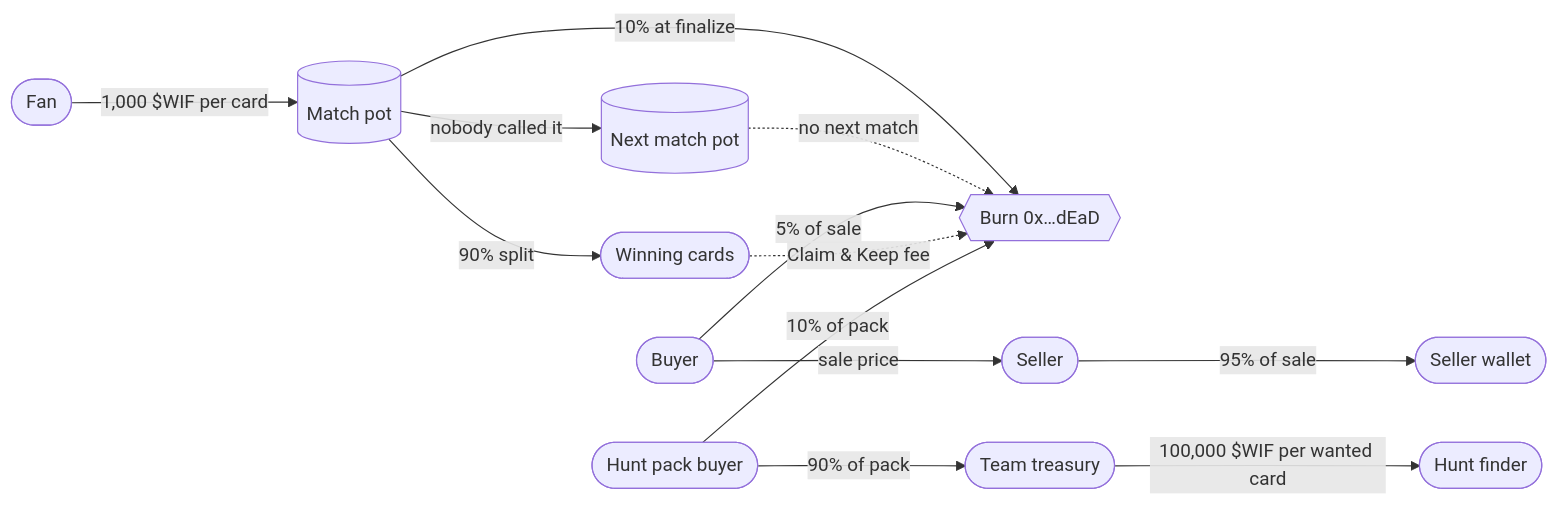
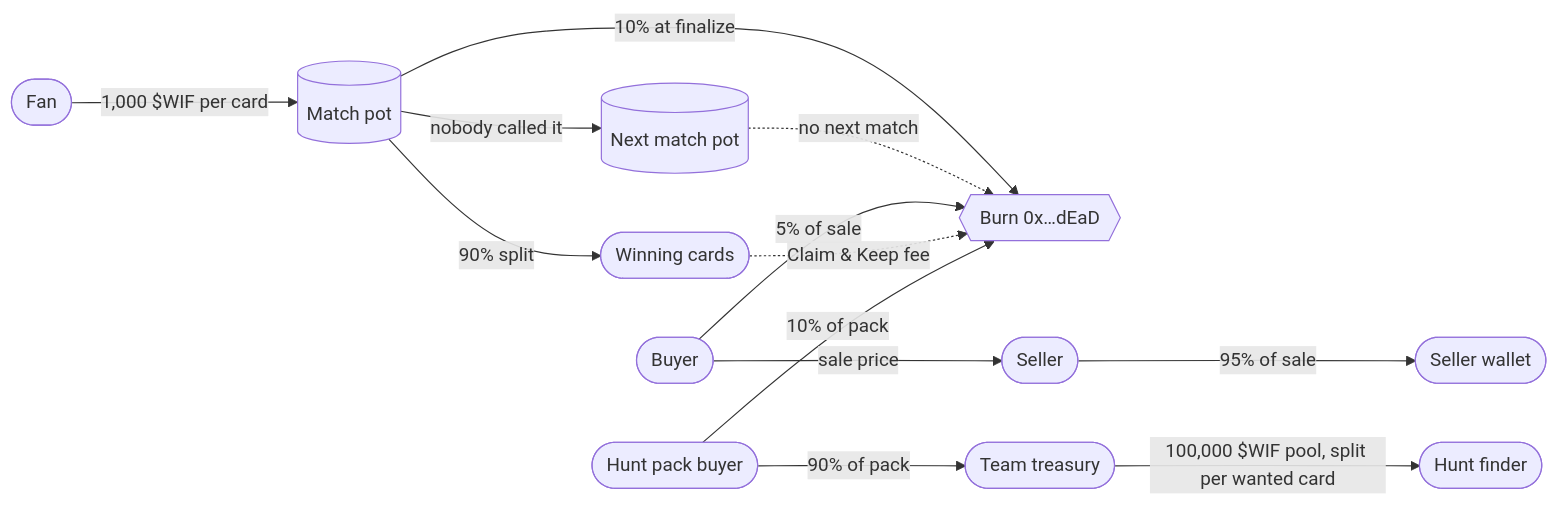
The first of 3 diagrams in README.md (youvandra/BallisFlat), drawn with Mermaid before and after one commit. The commit also changed other lines of this file and 4 other files, not shown here.

Commit message:
feat(web): the Hunt shows one 100,000 $WIF prize pool shared by the wanted cards, with no round number on the page or the cards

````diff
--- a/README.md
+++ b/README.md
@@ -115,15 +115,15 @@
 ```mermaid
 flowchart LR
     U([Fan]) -- "1,000 $WIF per card" --> P[(Match pot)]
     P -- "10% at finalize" --> B{{Burn 0x…dEaD}}
     P -- "90% split" --> W([Winning cards])
     P -- "nobody called it" --> N[(Next match pot)]
     N -. "no next match" .-> B
     S([Seller]) -- "95% of sale" --> S2([Seller wallet])
     BY([Buyer]) -- "sale price" --> S
     BY -- "5% of sale" --> B
     W -. "Claim & Keep fee" .-> B
     H([Hunt pack buyer]) -- "10% of pack" --> B
     H -- "90% of pack" --> T([Team treasury])
-    T -- "100,000 $WIF per wanted card" --> F([Hunt finder])
+    T -- "100,000 $WIF pool, split per wanted card" --> F([Hunt finder])
 ```
````
